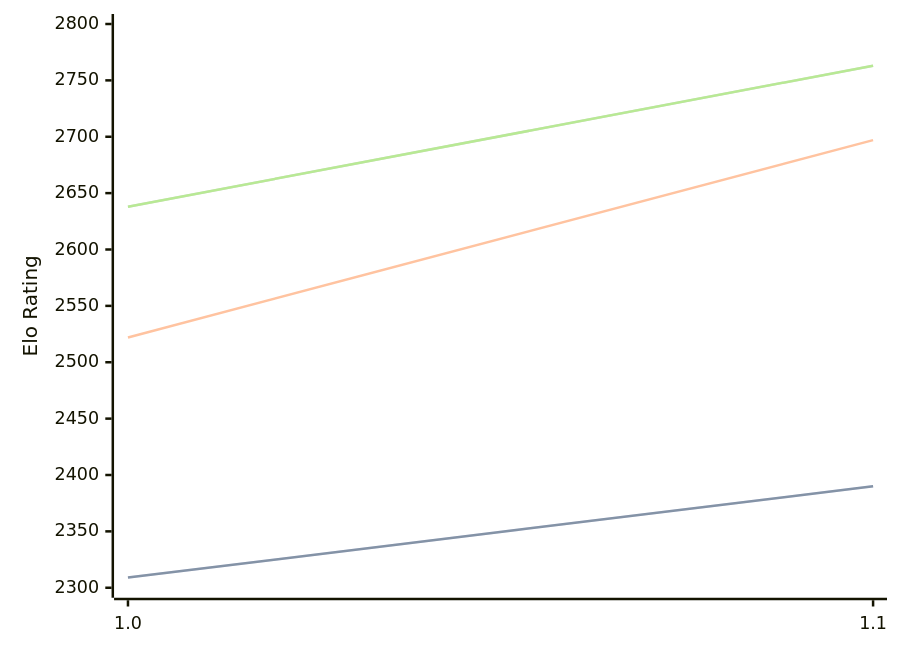
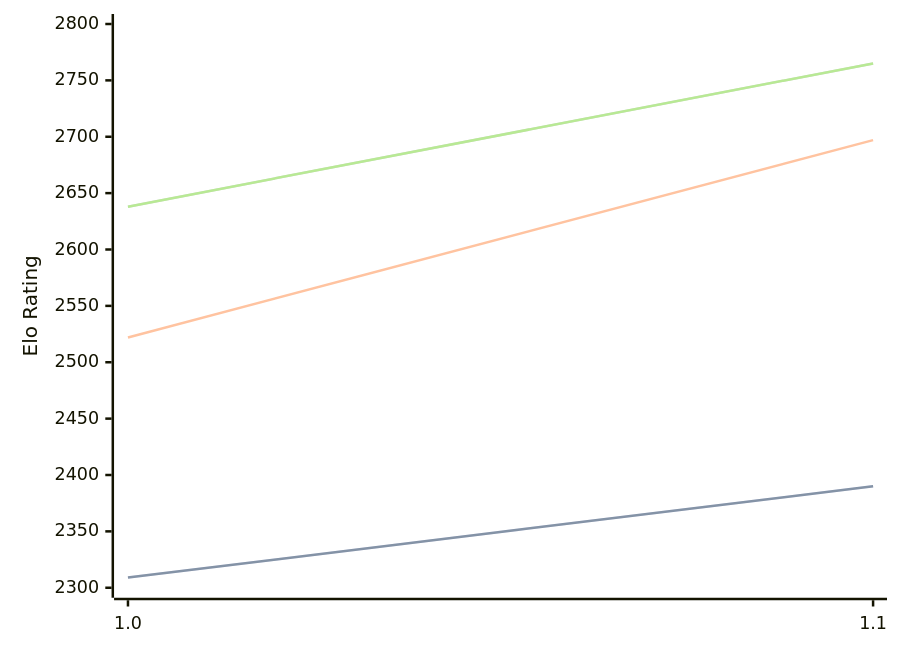
Before and after one commit to computer-chess-index/cci: the third of 3 diagrams in engines/FoxChess.md, drawn with Mermaid. The commit also changed other lines of this file, not shown here.

Commit message:
Update CCI Ratings (ELO VLTC) - 2026-06-21

````diff
--- a/engines/FoxChess.md
+++ b/engines/FoxChess.md
@@ -65,11 +66,11 @@
 ```mermaid
 %%{init: {"theme":"base","themeVariables":{"seriesColors:['#a3a3a3','#222221','#faa371']}}}%%
 xychart-beta
   x-axis ["1.0", "1.1"]
   y-axis "Elo Rating" 2300 --> 2800
   line "STC (8.0+0.08s)" [2309, 2390]
   line "STC (8.0+0.08s)" [2309, 2390]
   line "LTC (60.0+0.60s)" [2522, 2697]
-  line "VLTC (2m24s+1.12s)" [2638, 2763]
-  line "VLTC (2m24s+1.12s)" [2638, 2763]
+  line "VLTC (2m24s+1.12s)" [2638, 2765]
+  line "VLTC (2m24s+1.12s)" [2638, 2765]
 ```
````
